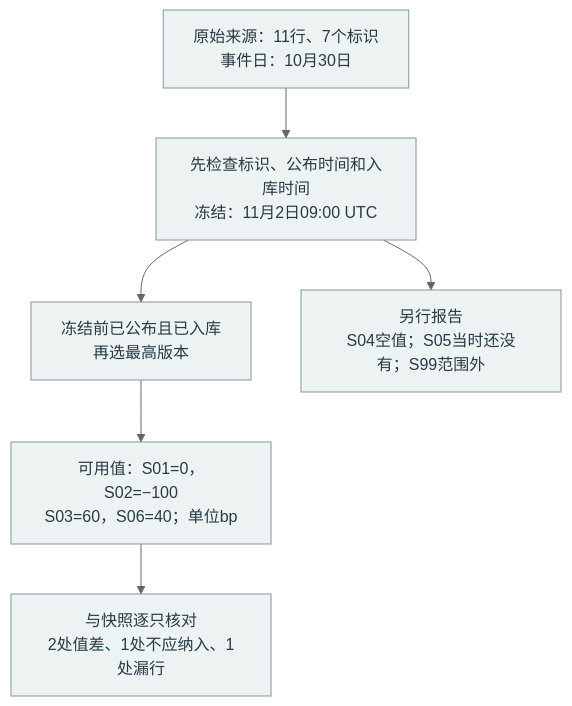
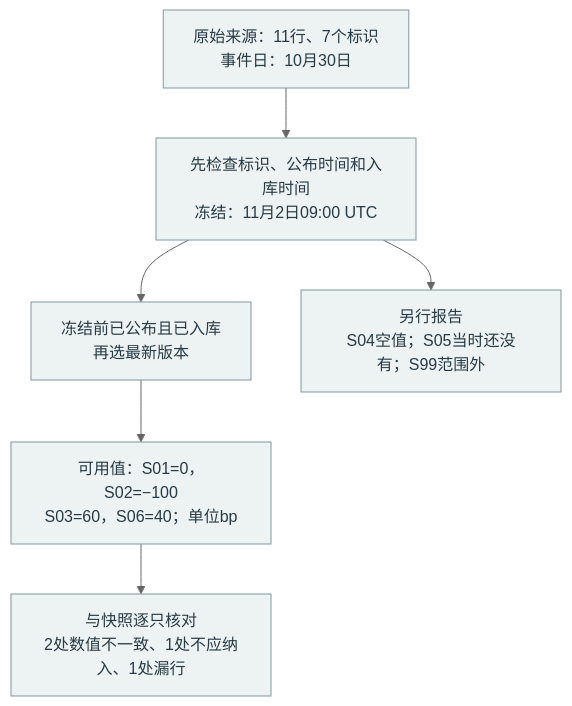
One commit to HengYangDS/rethinking-work changed the diagram in diagrams/reconcile.mmd. Above: the diagram before and after it, drawn with Mermaid (neutral theme). The commit also changed 45 other files, not shown here.

```diff
--- a/diagrams/reconcile.mmd
+++ b/diagrams/reconcile.mmd
@@ -1,8 +1,8 @@
 flowchart TD
  A["原始来源：11行、7个标识<br/>事件日：10月30日"] --> B["先检查标识、公布时间和入库时间<br/>冻结：11月2日09:00 UTC"]
- B --> C["冻结前已公布且已入库<br/>再选最高版本"]
+ B --> C["冻结前已公布且已入库<br/>再选最新版本"]
  C --> D["可用值：S01=0，S02=−100<br/>S03=60，S06=40；单位bp"]
- D --> E["与快照逐只核对<br/>2处值差、1处不应纳入、1处漏行"]
+ D --> E["与快照逐只核对<br/>2处数值不一致、1处不应纳入、1处漏行"]
  B --> Q["另行报告<br/>S04空值；S05当时还没有；S99范围外"]
 classDef base fill:#edf2f3,stroke:#82979f,color:#273b46,stroke-width:1px;
 class A,B,C,D,E,Q base;
```
